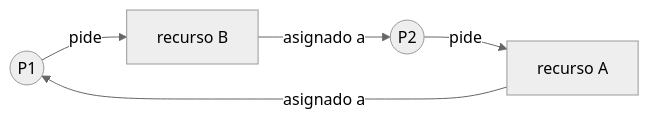
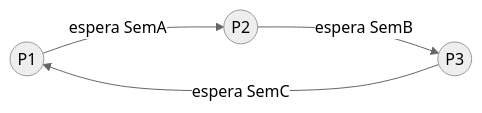
One commit to asiermarzo/ssoo changed the second of 6 diagrams in TEORIA/05-concurrencia-y-sincronizacion/README.md. Above: the diagram before and after it, drawn with Mermaid (neutral theme). The commit also changed other lines of this file and 25 other files, not shown here.

````diff
--- a/TEORIA/05-concurrencia-y-sincronizacion/README.md
+++ b/TEORIA/05-concurrencia-y-sincronizacion/README.md
@@ -44,7 +548,6 @@
 ```mermaid
 flowchart LR
-    P1(("P1")) -->|pide| B["recurso B"]
-    B -->|asignado a| P2(("P2"))
-    P2 -->|pide| A["recurso A"]
-    A -->|asignado a| P1
+    P1(("P1")) -->|espera SemA| P2(("P2"))
+    P2 -->|espera SemB| P3(("P3"))
+    P3 -->|espera SemC| P1
 ```
````
